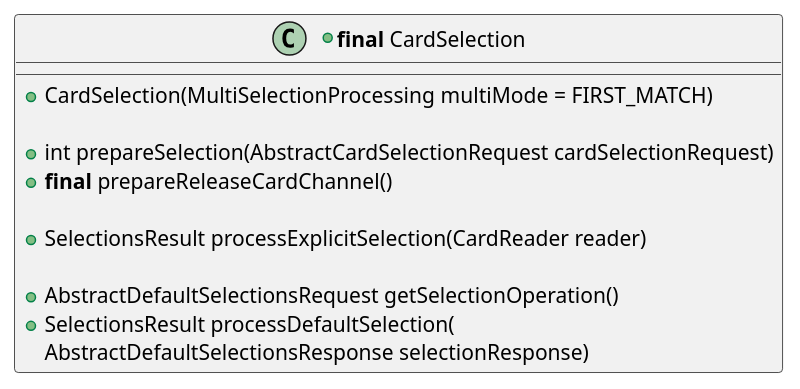
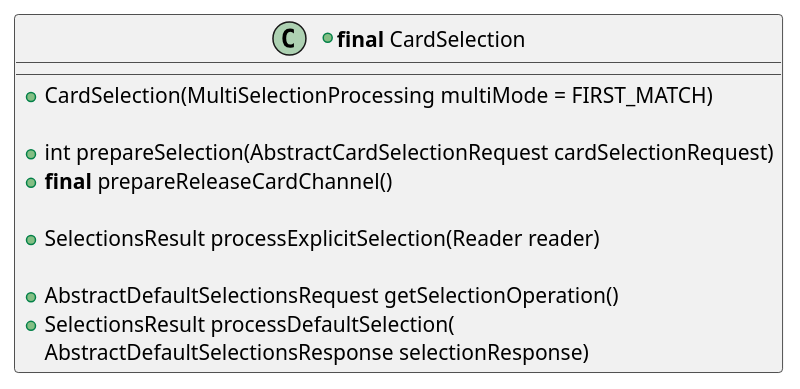
The second of 11 diagrams in src/KeypleCoreApi/puml/KeypleCore_CardSelection_ClassDiag_ClassElements.iuml (calypsonet/keyple), drawn with PlantUML before and after one commit. The commit also changed other lines of this file and 34 other files, not shown here.

```diff
--- a/src/KeypleCoreApi/puml/KeypleCore_CardSelection_ClassDiag_ClassElements.iuml
+++ b/src/KeypleCoreApi/puml/KeypleCore_CardSelection_ClassDiag_ClassElements.iuml
@@ -21,14 +21,14 @@
 @startuml(id=SELECTION_SELECTION_1_0_0)
 +class "<b>final</b> CardSelection" as CardSelection {
   +CardSelection(MultiSelectionProcessing multiMode = FIRST_MATCH)
 
   +int prepareSelection(AbstractCardSelectionRequest cardSelectionRequest)
   +<b>final</b> prepareReleaseCardChannel()
 
-  +SelectionsResult processExplicitSelection(CardReader reader)
+  +SelectionsResult processExplicitSelection(Reader reader)
 
   +AbstractDefaultSelectionsRequest getSelectionOperation()
   +SelectionsResult processDefaultSelection(
     AbstractDefaultSelectionsResponse selectionResponse)
 }
 @enduml
```
